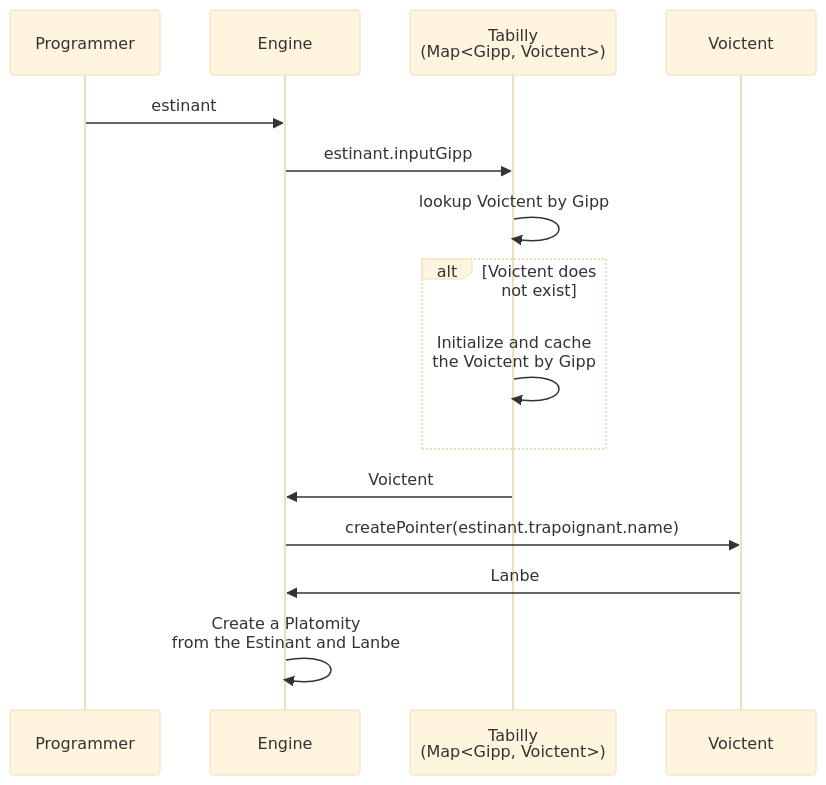
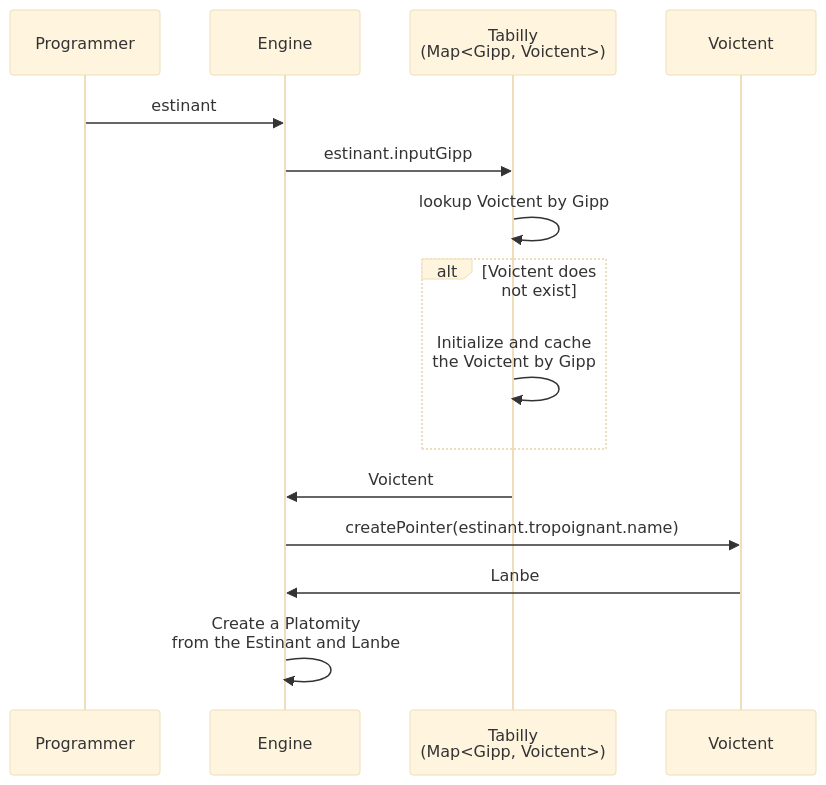
One commit to rachidlamouri/testing-platform changed the fifth of 6 diagrams in packages/open-schema-type-script/README.md. Above: the diagram before and after it, drawn with Mermaid (base theme). The commit also changed other lines of this file and 3 other files, not shown here.

````diff
--- a/packages/open-schema-type-script/README.md
+++ b/packages/open-schema-type-script/README.md
@@ -152,20 +152,20 @@
 ```mermaid
 sequenceDiagram
   participant P as Programmer
   participant E as Engine
   participant T as Tabilly <br> (Map<Gipp, Voictent>)
   participant V as Voictent
 
   P ->> E: estinant
   E ->> T: estinant.inputGipp
   T ->> T: lookup Voictent by Gipp
 
   alt Voictent does not exist
     T ->> T: Initialize and cache <br> the Voictent by Gipp
   end
 
   T ->> E: Voictent
-  E ->> V: createPointer(estinant.trapoignant.name)
+  E ->> V: createPointer(estinant.tropoignant.name)
   V ->> E: Lanbe
   E ->> E: Create a Platomity <br> from the Estinant and Lanbe
 ```
````
